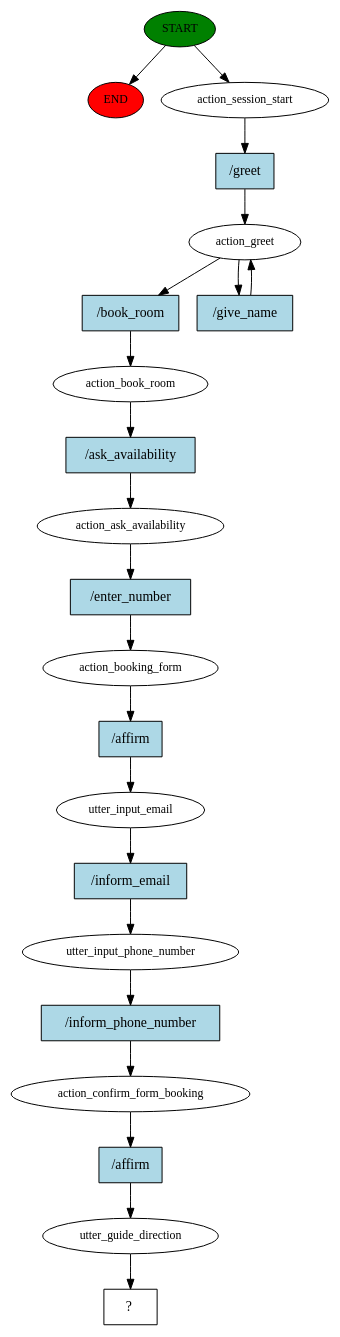
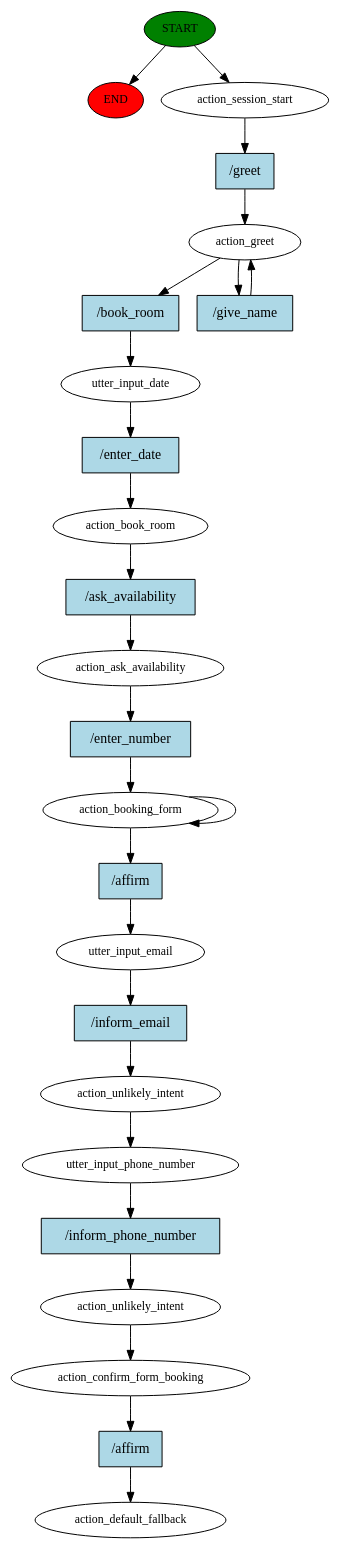
Before and after one commit to blackbullerk123/HotelRasaChatbot: the diagram in story_graph.dot, drawn with Graphviz. The commit also changed 7 other files, not shown here.

Commit message:
added input date step to flow

```diff
--- a/story_graph.dot
+++ b/story_graph.dot
@@ -1,44 +1,51 @@
 digraph  {
 0 [class="start active", fillcolor=green, fontsize=12, label=START, style=filled];
 "-1" [class=end, fillcolor=red, fontsize=12, label=END, style=filled];
 1 [class=active, fontsize=12, label=action_session_start];
 2 [class=active, fontsize=12, label=action_greet];
-4 [class=active, fontsize=12, label=action_book_room];
-5 [class=active, fontsize=12, label=action_ask_availability];
-6 [class=active, fontsize=12, label=action_booking_form];
-7 [class=active, fontsize=12, label=utter_input_email];
-8 [class=active, fontsize=12, label=utter_input_phone_number];
-9 [class=active, fontsize=12, label=action_confirm_form_booking];
-10 [class=active, fontsize=12, label=utter_guide_direction];
-11 [class="intent dashed active", label="  ?  ", shape=rect];
-12 [class="intent active", fillcolor=lightblue, label="/greet", shape=rect, style=filled];
-13 [class="intent active", fillcolor=lightblue, label="/book_room", shape=rect, style=filled];
-14 [class="intent active", fillcolor=lightblue, label="/give_name", shape=rect, style=filled];
-15 [class="intent active", fillcolor=lightblue, label="/ask_availability", shape=rect, style=filled];
-16 [class="intent active", fillcolor=lightblue, label="/enter_number", shape=rect, style=filled];
-17 [class="intent active", fillcolor=lightblue, label="/affirm", shape=rect, style=filled];
-18 [class="intent active", fillcolor=lightblue, label="/inform_email", shape=rect, style=filled];
-19 [class="intent active", fillcolor=lightblue, label="/inform_phone_number", shape=rect, style=filled];
-20 [class="intent active", fillcolor=lightblue, label="/affirm", shape=rect, style=filled];
+4 [class=active, fontsize=12, label=utter_input_date];
+5 [class=active, fontsize=12, label=action_book_room];
+6 [class=active, fontsize=12, label=action_ask_availability];
+7 [class=active, fontsize=12, label=action_booking_form];
+9 [class=active, fontsize=12, label=utter_input_email];
+10 [class=active, fontsize=12, label=action_unlikely_intent];
+11 [class=active, fontsize=12, label=utter_input_phone_number];
+12 [class=active, fontsize=12, label=action_unlikely_intent];
+13 [class=active, fontsize=12, label=action_confirm_form_booking];
+14 [class="dashed active", fontsize=12, label=action_default_fallback];
+15 [class="intent active", fillcolor=lightblue, label="/greet", shape=rect, style=filled];
+16 [class="intent active", fillcolor=lightblue, label="/book_room", shape=rect, style=filled];
+17 [class="intent active", fillcolor=lightblue, label="/give_name", shape=rect, style=filled];
+18 [class="intent active", fillcolor=lightblue, label="/enter_date", shape=rect, style=filled];
+19 [class="intent active", fillcolor=lightblue, label="/ask_availability", shape=rect, style=filled];
+20 [class="intent active", fillcolor=lightblue, label="/enter_number", shape=rect, style=filled];
+21 [class="intent active", fillcolor=lightblue, label="/affirm", shape=rect, style=filled];
+22 [class="intent active", fillcolor=lightblue, label="/inform_email", shape=rect, style=filled];
+23 [class="intent active", fillcolor=lightblue, label="/inform_phone_number", shape=rect, style=filled];
+24 [class="intent active", fillcolor=lightblue, label="/affirm", shape=rect, style=filled];
 0 -> "-1"  [class="", key=NONE, label=""];
 0 -> 1  [class=active, key=NONE, label=""];
-1 -> 12  [class=active, key=0];
-2 -> 13  [class=active, key=0];
-2 -> 14  [class=active, key=0];
-4 -> 15  [class=active, key=0];
-5 -> 16  [class=active, key=0];
-6 -> 17  [class=active, key=0];
-7 -> 18  [class=active, key=0];
-8 -> 19  [class=active, key=0];
-9 -> 20  [class=active, key=0];
+1 -> 15  [class=active, key=0];
+2 -> 16  [class=active, key=0];
+2 -> 17  [class=active, key=0];
+4 -> 18  [class=active, key=0];
+5 -> 19  [class=active, key=0];
+6 -> 20  [class=active, key=0];
+7 -> 7  [class=active, key=NONE, label=""];
+7 -> 21  [class=active, key=0];
+9 -> 22  [class=active, key=0];
 10 -> 11  [class=active, key=NONE, label=""];
-12 -> 2  [class=active, key=0];
-13 -> 4  [class=active, key=0];
-14 -> 2  [class=active, key=0];
-15 -> 5  [class=active, key=0];
-16 -> 6  [class=active, key=0];
-17 -> 7  [class=active, key=0];
-18 -> 8  [class=active, key=0];
-19 -> 9  [class=active, key=0];
-20 -> 10  [class=active, key=0];
+11 -> 23  [class=active, key=0];
+12 -> 13  [class=active, key=NONE, label=""];
+13 -> 24  [class=active, key=0];
+15 -> 2  [class=active, key=0];
+16 -> 4  [class=active, key=0];
+17 -> 2  [class=active, key=0];
+18 -> 5  [class=active, key=0];
+19 -> 6  [class=active, key=0];
+20 -> 7  [class=active, key=0];
+21 -> 9  [class=active, key=0];
+22 -> 10  [class=active, key=0];
+23 -> 12  [class=active, key=0];
+24 -> 14  [class=active, key=0];
 }
```
